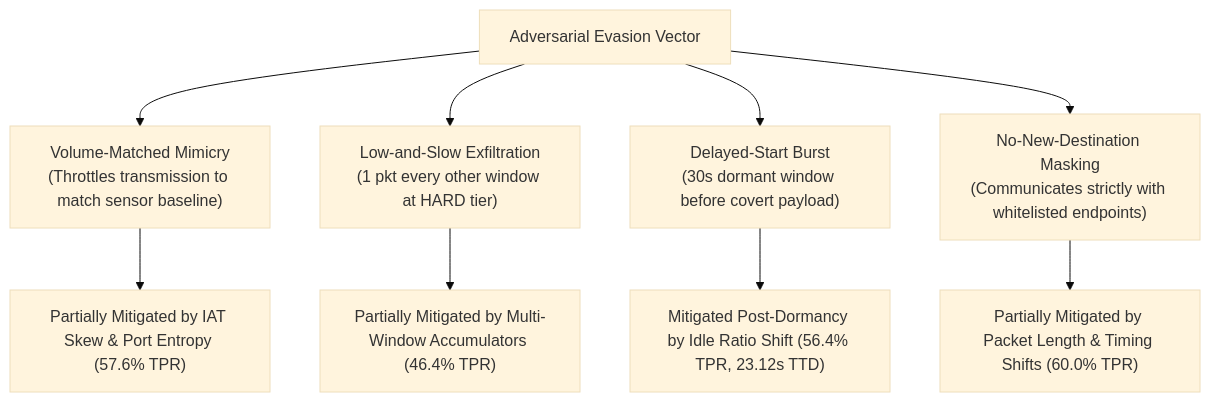
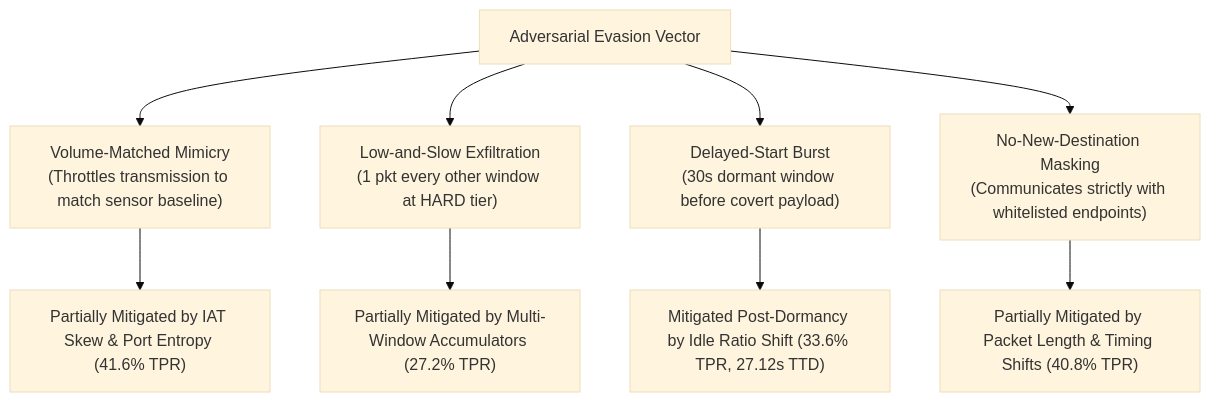
One commit to lumidren/Guardian changed the fifth of 6 diagrams in README.md. Above: the diagram before and after it, drawn with Mermaid (base theme). The commit also changed other lines of this file and 9 other files, not shown here.

````diff
--- a/README.md
+++ b/README.md
@@ -546,12 +605,12 @@
 ```mermaid
 graph TD
     ATTACK["Adversarial Evasion Vector"] --> E1["Volume-Matched Mimicry\n(Throttles transmission to match sensor baseline)"]
     ATTACK --> E2["Low-and-Slow Exfiltration\n(1 pkt every other window at HARD tier)"]
     ATTACK --> E3["Delayed-Start Burst\n(30s dormant window before covert payload)"]
     ATTACK --> E4["No-New-Destination Masking\n(Communicates strictly with whitelisted endpoints)"]
 
-    E1 --> D1["Partially Mitigated by IAT Skew & Port Entropy (57.6% TPR)"]
-    E2 --> D2["Partially Mitigated by Multi-Window Accumulators (46.4% TPR)"]
-    E3 --> D3["Mitigated Post-Dormancy by Idle Ratio Shift (56.4% TPR, 23.12s TTD)"]
-    E4 --> D4["Partially Mitigated by Packet Length & Timing Shifts (60.0% TPR)"]
+    E1 --> D1["Partially Mitigated by IAT Skew & Port Entropy (41.6% TPR)"]
+    E2 --> D2["Partially Mitigated by Multi-Window Accumulators (27.2% TPR)"]
+    E3 --> D3["Mitigated Post-Dormancy by Idle Ratio Shift (33.6% TPR, 27.12s TTD)"]
+    E4 --> D4["Partially Mitigated by Packet Length & Timing Shifts (40.8% TPR)"]
 ```
````
